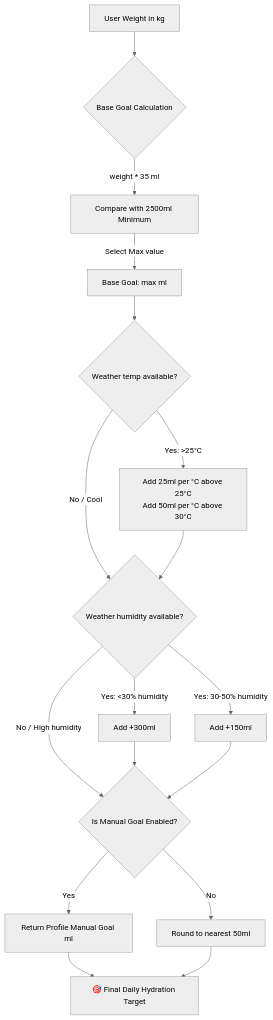
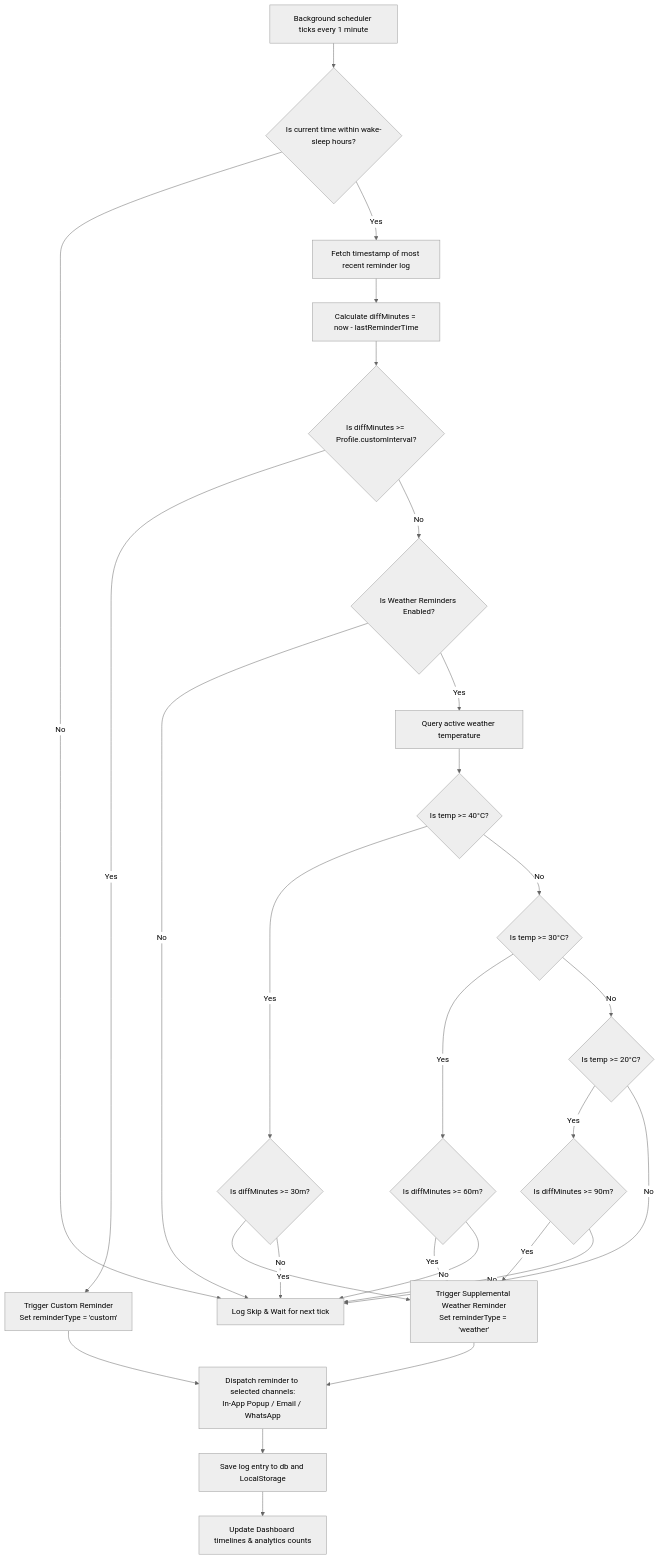
Before and after one commit to ramalokeshreddyp/hydrosmart-ai: the second of 3 diagrams in README.md, drawn with Mermaid (neutral theme). The commit also changed other lines of this file and 18 other files, not shown here.

Commit message:
feat: implement weather reminder rules, schedule limits, email/WhatsApp gateways, and UI cleanups

````diff
--- a/README.md
+++ b/README.md
@@ -189,24 +180,39 @@
 ```mermaid
 flowchart TD
-    Weight[User Weight in kg] --> BaseCalculated{Base Goal Calculation}
-    BaseCalculated -->|weight * 35 ml| CompBase[Compare with 2500ml Minimum]
-    CompBase -->|Select Max value| GoalBase[Base Goal: max ml]
+    Start[Background scheduler ticks every 1 minute] --> ActiveHours{Is current time within wake-sleep hours?}
     
-    GoalBase --> TempCheck{Weather temp available?}
-    TempCheck -->|Yes: >25°C| TempBonus[Add 25ml per °C above 25°C<br/>Add 50ml per °C above 30°C]
-    TempCheck -->|No / Cool| HumidityCheck{Weather humidity available?}
+    ActiveHours -->|No| Skip[Log Skip & Wait for next tick]
+    ActiveHours -->|Yes| FetchLast[Fetch timestamp of most recent reminder log]
     
-    TempBonus --> HumidityCheck
-    HumidityCheck -->|Yes: <30% humidity| LowHum[Add +300ml]
-    HumidityCheck -->|Yes: 30-50% humidity| ModHum[Add +150ml]
-    HumidityCheck -->|No / High humidity| ManualGoalCheck{Is Manual Goal Enabled?}
+    FetchLast --> CalDiff[Calculate diffMinutes = now - lastReminderTime]
+    CalDiff --> CustomCheck{Is diffMinutes >= Profile.customInterval?}
     
-    LowHum --> ManualGoalCheck
-    ModHum --> ManualGoalCheck
+    CustomCheck -->|Yes| FireCustom[Trigger Custom Reminder<br/>Set reminderType = 'custom']
+    CustomCheck -->|No| WeatherAlerts{Is Weather Reminders Enabled?}
     
-    ManualGoalCheck -->|Yes| OverrideGoal[Return Profile Manual Goal ml]
-    ManualGoalCheck -->|No| RoundGoal[Round to nearest 50ml]
+    WeatherAlerts -->|No| Skip
+    WeatherAlerts -->|Yes| CheckTemp[Query active weather temperature]
     
-    OverrideGoal --> FinalGoal[🎯 Final Daily Hydration Target]
-    RoundGoal --> FinalGoal
+    CheckTemp --> Extreme{Is temp >= 40°C?}
+    Extreme -->|Yes| Check30{Is diffMinutes >= 30m?}
+    Check30 -->|Yes| FireWeather[Trigger Supplemental Weather Reminder<br/>Set reminderType = 'weather']
+    Check30 -->|No| Skip
+    
+    Extreme -->|No| Hot{Is temp >= 30°C?}
+    Hot -->|Yes| Check60{Is diffMinutes >= 60m?}
+    Check60 -->|Yes| FireWeather
+    Check60 -->|No| Skip
+    
+    Hot -->|No| Warm{Is temp >= 20°C?}
+    Warm -->|Yes| Check90{Is diffMinutes >= 90m?}
+    Check90 -->|Yes| FireWeather
+    Check90 -->|No| Skip
+    
+    Warm -->|No| Skip
+    
+    FireCustom --> Dispatch[Dispatch reminder to selected channels:<br/>In-App Popup / Email / WhatsApp]
+    FireWeather --> Dispatch
+    
+    Dispatch --> SaveLog[Save log entry to db and LocalStorage]
+    SaveLog --> UpdateUI[Update Dashboard timelines & analytics counts]
 ```
````
